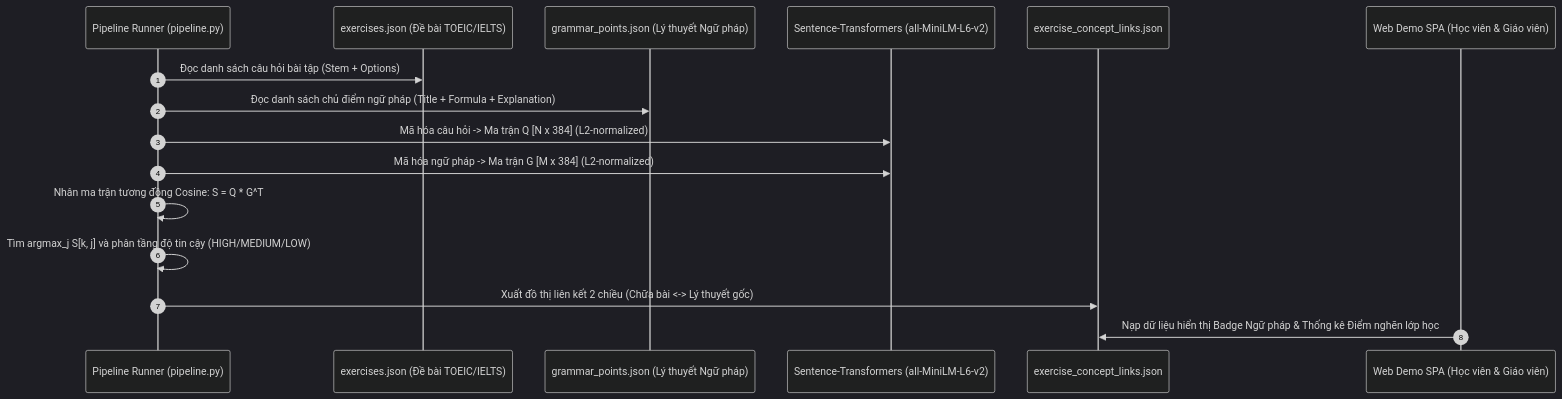
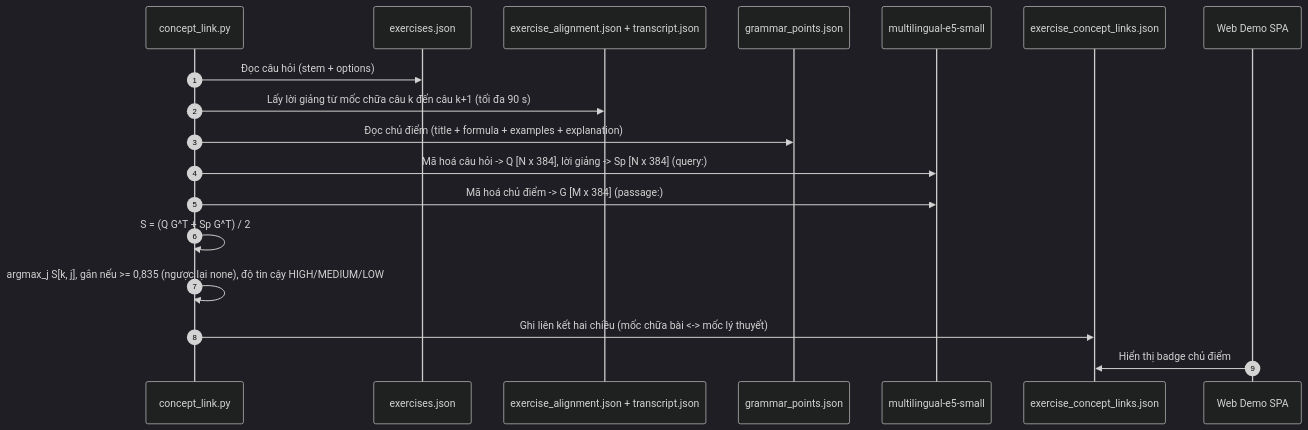
Before and after one commit to CelesEclipse/NLP501_edusync_mvp: the second of 2 diagrams in docs/03_requirements_analysis_srs.md, drawn with Mermaid (dark theme). The commit also changed other lines of this file and 30 other files, not shown here.

````diff
--- a/docs/03_requirements_analysis_srs.md
+++ b/docs/03_requirements_analysis_srs.md
@@ -111,19 +114,21 @@
 ```mermaid
 sequenceDiagram
     autonumber
-    participant Pipeline as Pipeline Runner (pipeline.py)
-    participant Ex as exercises.json (Đề bài TOEIC/IELTS)
-    participant GP as grammar_points.json (Lý thuyết Ngữ pháp)
-    participant Emb as Sentence-Transformers (all-MiniLM-L6-v2)
+    participant Pipeline as concept_link.py
+    participant Ex as exercises.json
+    participant Al as exercise_alignment.json + transcript.json
+    participant GP as grammar_points.json
+    participant Emb as multilingual-e5-small
     participant Out as exercise_concept_links.json
-    participant UI as Web Demo SPA (Học viên & Giáo viên)
+    participant UI as Web Demo SPA
 
-    Pipeline->>Ex: Đọc danh sách câu hỏi bài tập (Stem + Options)
-    Pipeline->>GP: Đọc danh sách chủ điểm ngữ pháp (Title + Formula + Explanation)
-    Pipeline->>Emb: Mã hóa câu hỏi -> Ma trận Q [N x 384] (L2-normalized)
-    Pipeline->>Emb: Mã hóa ngữ pháp -> Ma trận G [M x 384] (L2-normalized)
-    Pipeline->>Pipeline: Nhân ma trận tương đồng Cosine: S = Q * G^T
-    Pipeline->>Pipeline: Tìm argmax_j S[k, j] và phân tầng độ tin cậy (HIGH/MEDIUM/LOW)
-    Pipeline->>Out: Xuất đồ thị liên kết 2 chiều (Chữa bài <-> Lý thuyết gốc)
-    UI->>Out: Nạp dữ liệu hiển thị Badge Ngữ pháp & Thống kê Điểm nghẽn lớp học
+    Pipeline->>Ex: Đọc câu hỏi (stem + options)
+    Pipeline->>Al: Lấy lời giảng từ mốc chữa câu k đến câu k+1 (tối đa 90 s)
+    Pipeline->>GP: Đọc chủ điểm (title + formula + examples + explanation)
+    Pipeline->>Emb: Mã hoá câu hỏi -> Q [N x 384], lời giảng -> Sp [N x 384] (query:)
+    Pipeline->>Emb: Mã hoá chủ điểm -> G [M x 384] (passage:)
+    Pipeline->>Pipeline: S = (Q G^T + Sp G^T) / 2
+    Pipeline->>Pipeline: argmax_j S[k, j], gắn nếu >= 0,835 (ngược lại none), độ tin cậy HIGH/MEDIUM/LOW
+    Pipeline->>Out: Ghi liên kết hai chiều (mốc chữa bài <-> mốc lý thuyết)
+    UI->>Out: Hiển thị badge chủ điểm
 ```
````
